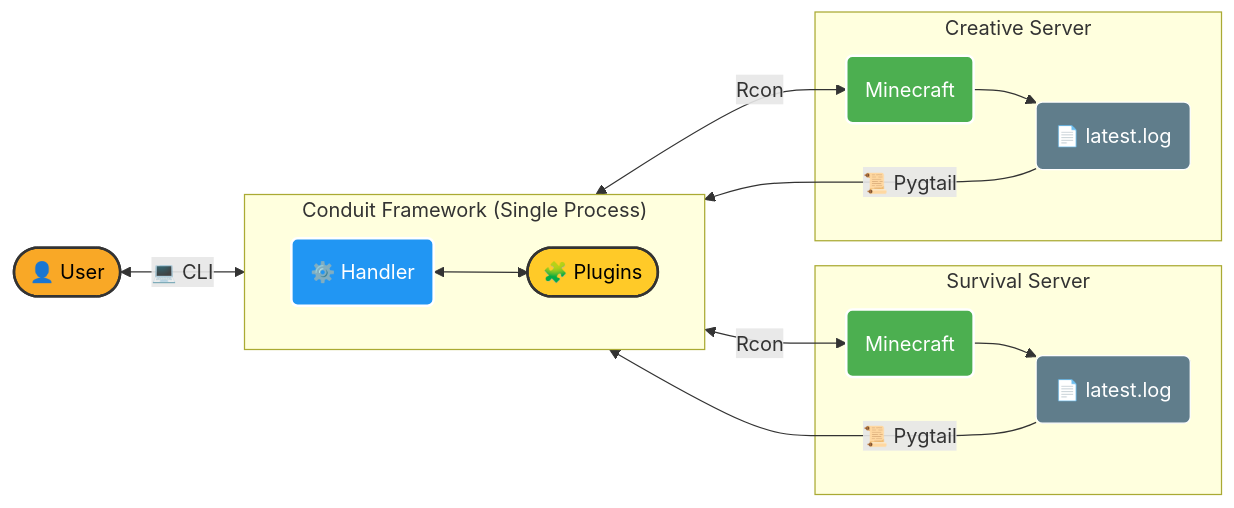
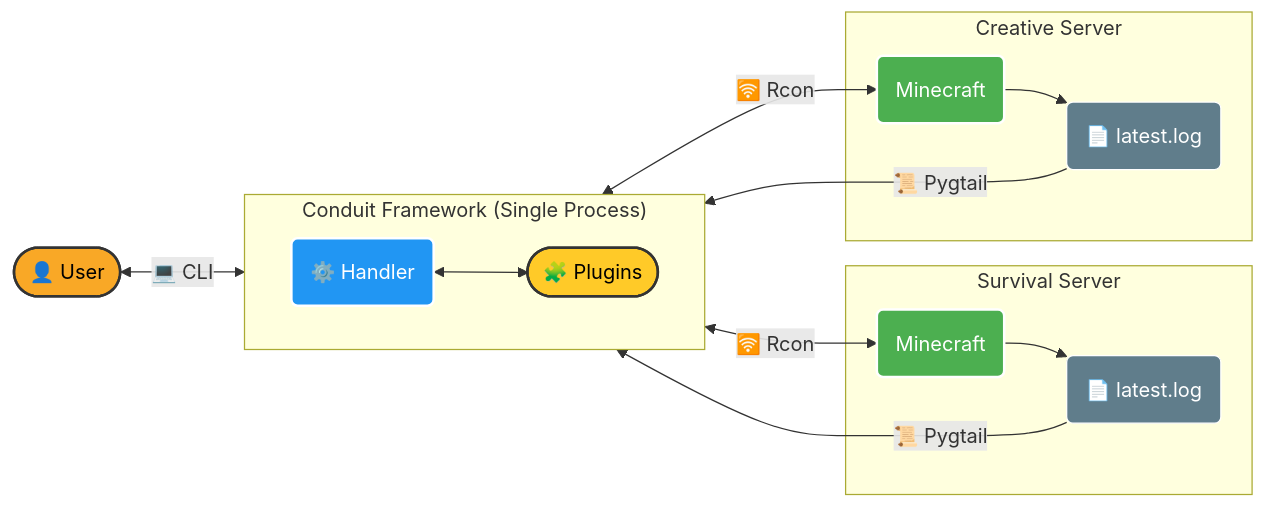
One commit to 1attila/test changed the first of 2 diagrams in README.md. Above: the diagram before and after it, drawn with Mermaid.

Commit message:
Update Rcon representation in README

````diff
--- a/README.md
+++ b/README.md
@@ -71,41 +71,41 @@
 ```mermaid
 flowchart LR
     %% Colors and Styles
     classDef user fill:#f9a826,stroke:#333,stroke-width:2px,color:#000;
     classDef conduit fill:#2196f3,stroke:#fff,stroke-width:2px,color:#fff;
     classDef plugin fill:#ffca28,stroke:#333,stroke-width:2px,color:#000;
     classDef mc fill:#4caf50,stroke:#fff,stroke-width:2px,color:#fff;
     classDef log fill:#607d8b,stroke:#fff,stroke-width:1px,color:#fff;
 
     U([👤 User]):::user
 
     subgraph ConduitSystem["Conduit Framework (Single Process)"]
         direction LR
         Handler(⚙️ Handler):::conduit
         Plug([🧩 Plugins]):::plugin
     end
 
     %% User Interaction
     U <-->|💻 CLI| Handler
     Handler <--> Plug
 
     %% Servers
     subgraph S1["Survival Server"]
         MC1(Minecraft):::mc
         L1(📄 latest.log):::log
         MC1 --> L1
     end
 
     subgraph S2 ["Creative Server"]
         MC2(Minecraft):::mc
         L2(📄 latest.log):::log
         MC2 --> L2
     end
 
     %% Connections
     L1 --> |📜 Pygtail| Handler
     L2 --> |📜 Pygtail| Handler
 
-    Handler <-->|Rcon| MC1
-    Handler <-->|Rcon| MC2
+    Handler <-->|🛜 Rcon| MC1
+    Handler <-->|🛜 Rcon| MC2
 ```
````
